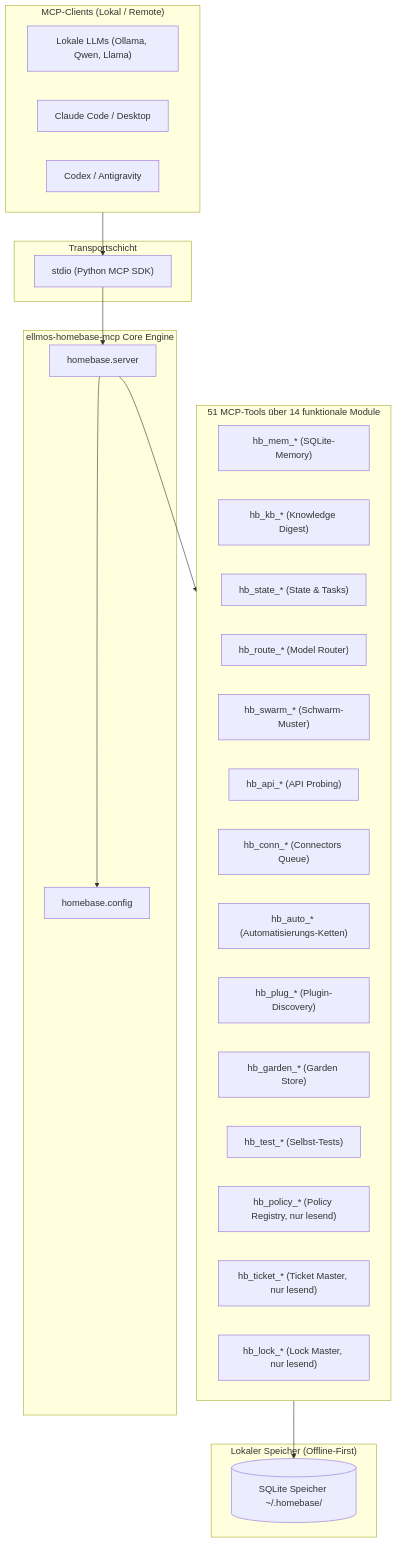
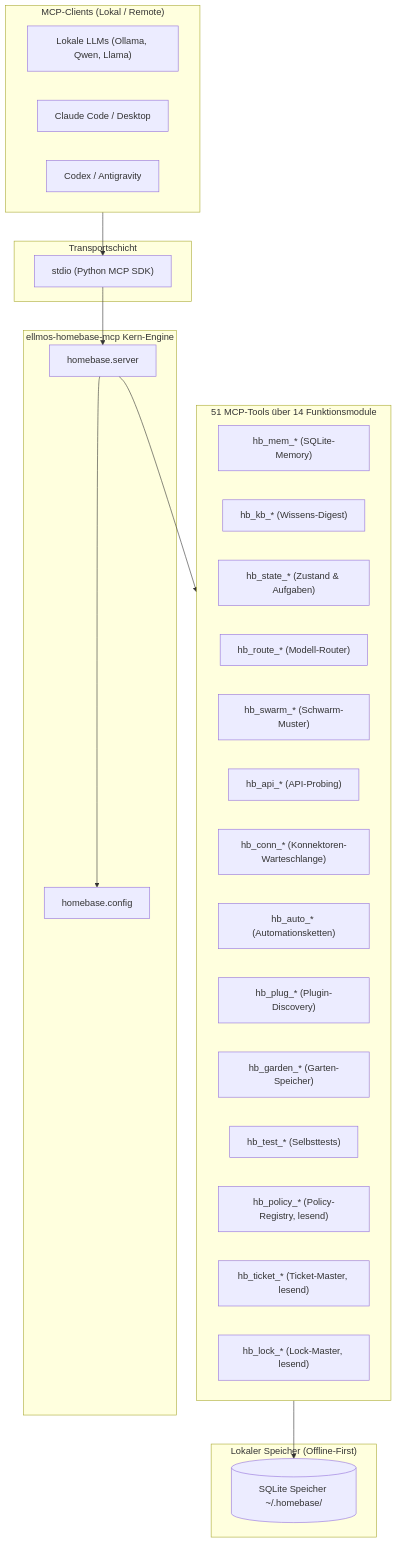
One commit to ellmos-ai/ellmos-homebase-mcp changed the first of 2 diagrams in README_de.md. Above: the diagram before and after it, drawn with Mermaid. The commit also changed other lines of this file and 9 other files, not shown here.

Commit message:
docs: discoverability, visual architecture, Level 1 SBOM & design parity (Pfad B) [G 2026-09-23]

````diff
--- a/README_de.md
+++ b/README_de.md
@@ -63,44 +67,44 @@
 ```mermaid
 flowchart TD
     subgraph Clients ["MCP-Clients (Lokal / Remote)"]
         Ollama["Lokale LLMs (Ollama, Qwen, Llama)"]
         Claude["Claude Code / Desktop"]
         Codex["Codex / Antigravity"]
     end
 
     subgraph Transport ["Transportschicht"]
         Stdio["stdio (Python MCP SDK)"]
     end
 
-    subgraph Core ["ellmos-homebase-mcp Core Engine"]
+    subgraph Core ["ellmos-homebase-mcp Kern-Engine"]
         Server["homebase.server"]
         Config["homebase.config"]
     end
 
-    subgraph ToolGroups ["51 MCP-Tools über 14 funktionale Module"]
+    subgraph ToolGroups ["51 MCP-Tools über 14 Funktionsmodule"]
         Mem["hb_mem_* (SQLite-Memory)"]
-        KB["hb_kb_* (Knowledge Digest)"]
-        State["hb_state_* (State & Tasks)"]
-        Route["hb_route_* (Model Router)"]
+        KB["hb_kb_* (Wissens-Digest)"]
+        State["hb_state_* (Zustand & Aufgaben)"]
+        Route["hb_route_* (Modell-Router)"]
         Swarm["hb_swarm_* (Schwarm-Muster)"]
-        Api["hb_api_* (API Probing)"]
-        Conn["hb_conn_* (Connectors Queue)"]
-        Auto["hb_auto_* (Automatisierungs-Ketten)"]
+        Api["hb_api_* (API-Probing)"]
+        Conn["hb_conn_* (Konnektoren-Warteschlange)"]
+        Auto["hb_auto_* (Automationsketten)"]
         Plug["hb_plug_* (Plugin-Discovery)"]
-        Garden["hb_garden_* (Garden Store)"]
-        Test["hb_test_* (Selbst-Tests)"]
-        Policy["hb_policy_* (Policy Registry, nur lesend)"]
-        Ticket["hb_ticket_* (Ticket Master, nur lesend)"]
-        Lock["hb_lock_* (Lock Master, nur lesend)"]
+        Garden["hb_garden_* (Garten-Speicher)"]
+        Test["hb_test_* (Selbsttests)"]
+        Policy["hb_policy_* (Policy-Registry, lesend)"]
+        Ticket["hb_ticket_* (Ticket-Master, lesend)"]
+        Lock["hb_lock_* (Lock-Master, lesend)"]
     end
 
     subgraph Storage ["Lokaler Speicher (Offline-First)"]
         DB[(SQLite Speicher ~/.homebase/)]
     end
 
     Clients --> Stdio
     Stdio --> Server
     Server --> Config
     Server --> ToolGroups
     ToolGroups --> DB
 ```
````
